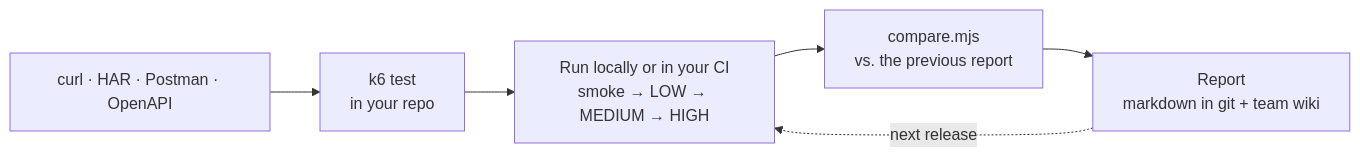
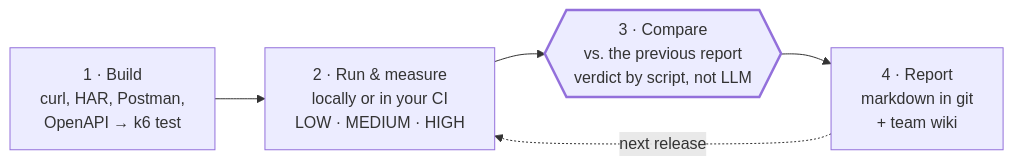
One commit to talikbaku/curl2k6 changed the diagram in README.md. Above: the diagram before and after it, drawn with Mermaid. The commit also changed other lines of this file and 2 other files, not shown here.

Commit message:
README: redesigned visuals per design review — dumbbell p95 chart, 4-step cycle diagram matching the list
Claude-Session: https://claude.ai/code/session_019jBgGZSi3KJd3BcdwUA3aS

````diff
--- a/README.md
+++ b/README.md
@@ -30,8 +29,11 @@
 ```mermaid
 flowchart LR
-  in["curl · HAR · Postman · OpenAPI"] --> test["k6 test<br/>in your repo"]
-  test --> run["Run locally or in your CI<br/>smoke → LOW → MEDIUM → HIGH"]
-  run --> cmp["compare.mjs<br/>vs. the previous report"]
-  cmp --> rep["Report<br/>markdown in git + team wiki"]
+  build["1 · Build<br/>curl, HAR, Postman,<br/>OpenAPI → k6 test"]
+  run["2 · Run & measure<br/>locally or in your CI<br/>LOW · MEDIUM · HIGH"]
+  cmp{{"3 · Compare<br/>vs. the previous report<br/>verdict by script, not LLM"}}
+  rep["4 · Report<br/>markdown in git<br/>+ team wiki"]
+  build --> run --> cmp --> rep
   rep -. "next release" .-> run
+  classDef key stroke-width:2.5px
+  class cmp key
 ```
````
